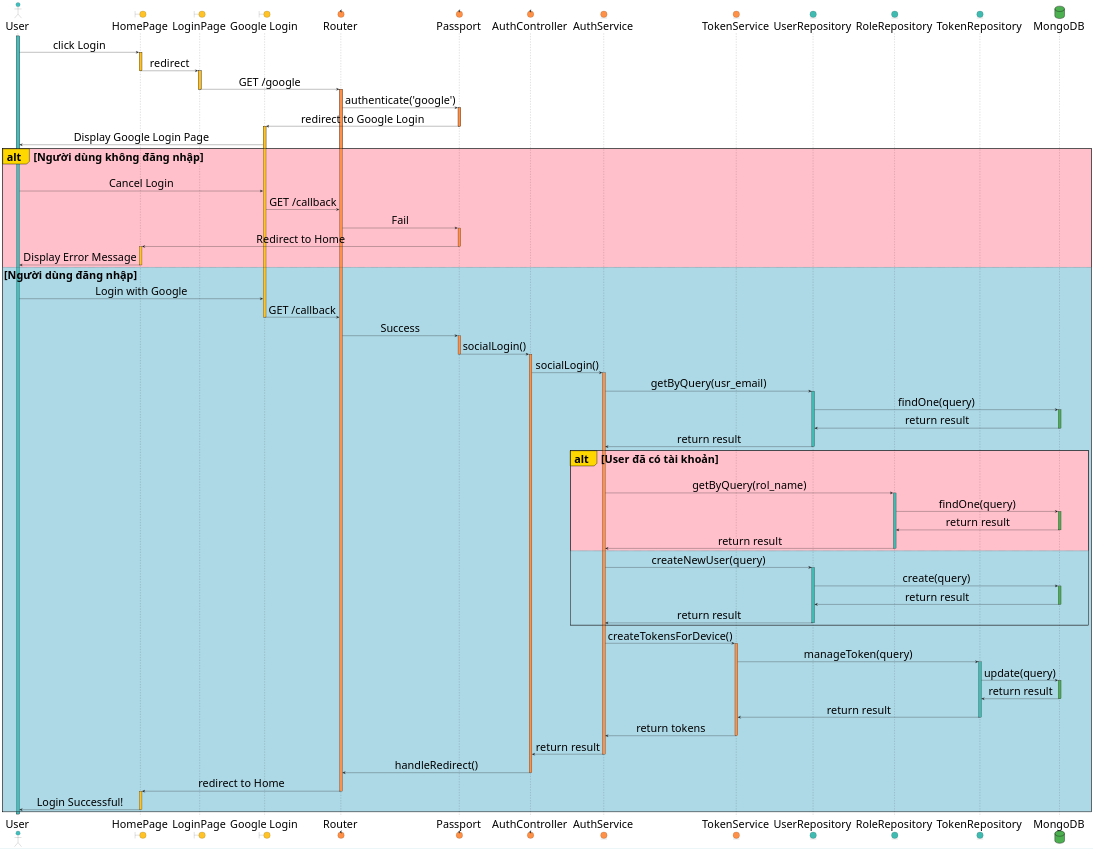
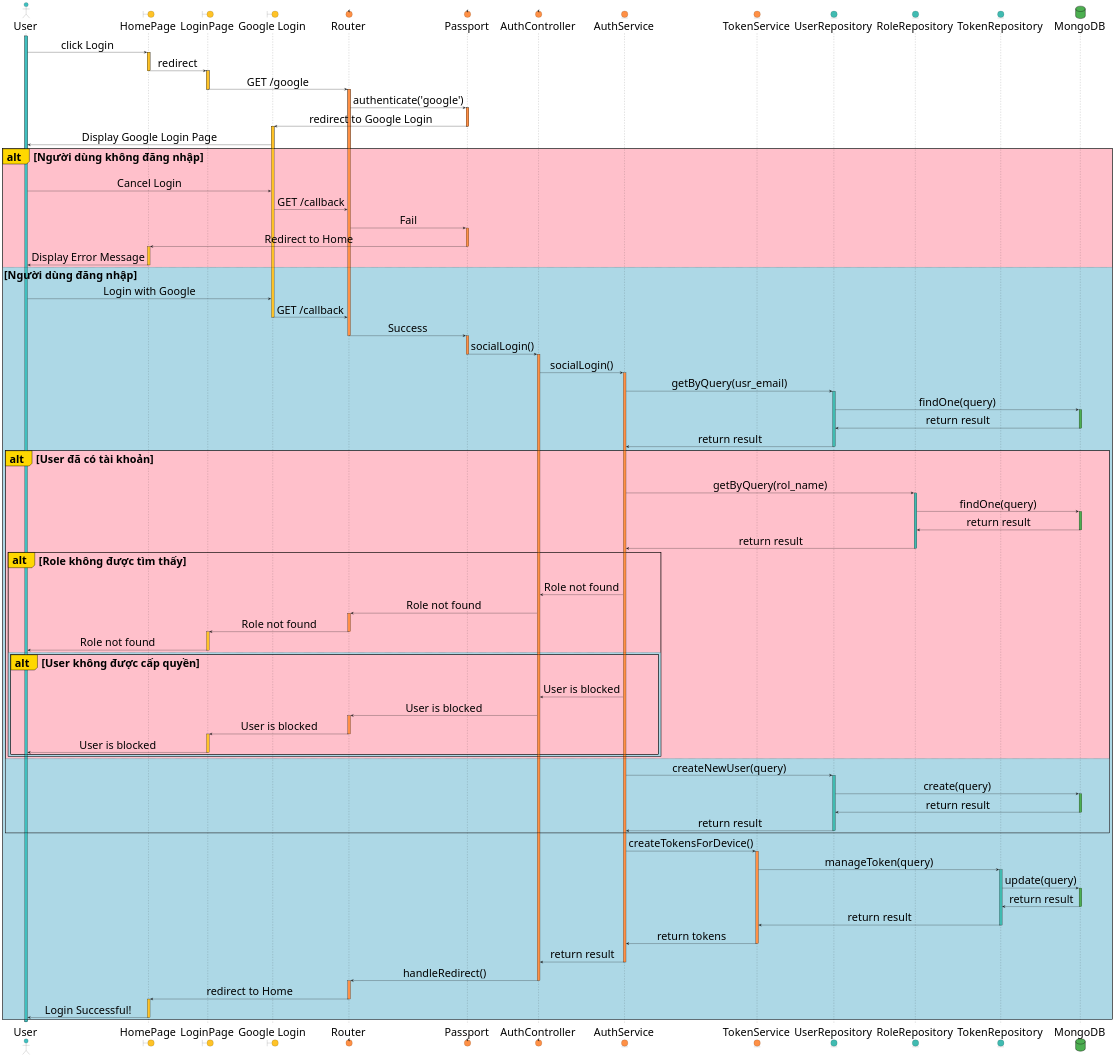
The diagram in docs/SequenceDiagram/googleLogin_v2.wsd (KhoaDoesTech/ShareAndCareShop), drawn with PlantUML before and after one commit.

Commit message:
add User Status and Role to Google Login V2

```diff
--- a/docs/SequenceDiagram/googleLogin_v2.wsd
+++ b/docs/SequenceDiagram/googleLogin_v2.wsd
@@ -1,138 +1,167 @@
 @startuml
 
 skinparam defaultFontSize 40        
-skinparam SequenceMessageAlign center 
+skinparam SequenceMessageAlign center
 
 actor User as User #40BFBF
 boundary "HomePage" as HomePage #ffc327
 boundary "LoginPage" as LoginPage #ffc327
 boundary "Google Login" as OAuthPage #ffc327
 control Router as Router #ff9045
 control Passport as Passport #ff9045
 control AuthController as AuthController #ff9045
 entity AuthService as AuthService #ff9045
 entity TokenService as TokenService #ff9045
 entity UserRepository as UserRepository #40bbb1
 entity RoleRepository as RoleRepository #40bbb1
 entity TokenRepository as TokenRepository #40bbb1
 database MongoDB as DB #4CAF50
 
 activate User #40BFBF
 User -> HomePage: click Login
 activate HomePage #ffc327
 
 HomePage -> LoginPage: redirect
 deactivate HomePage
 activate LoginPage #ffc327
 
 LoginPage -> Router: GET /google
 deactivate LoginPage
 activate Router #ff9045
 
 Router -> Passport: authenticate('google')
 activate Passport #ff9045
 
 Passport -> OAuthPage: redirect to Google Login
 deactivate Passport
 activate OAuthPage #ffc327
 
 OAuthPage -> User: Display Google Login Page
 alt#Gold #Pink Người dùng không đăng nhập
     User -> OAuthPage: Cancel Login
     OAuthPage -> Router: GET /callback
     Router -> Passport: Fail
     activate Passport #ff9045
 
     Passport -> HomePage: Redirect to Home
     deactivate Passport
     activate HomePage #ffc327
 
     HomePage -> User: Display Error Message
     deactivate HomePage
 else #LightBlue Người dùng đăng nhập
     User -> OAuthPage: Login with Google
     OAuthPage -> Router: GET /callback
     deactivate OAuthPage
 
     Router -> Passport: Success
+    deactivate Router
     activate Passport #ff9045
 
     Passport -> AuthController: socialLogin()
     deactivate Passport
     activate AuthController #ff9045
 
     AuthController -> AuthService: socialLogin()
     activate AuthService #ff9045
 
     AuthService -> UserRepository: getByQuery(usr_email)
     activate UserRepository #40bbb1
 
     UserRepository -> DB: findOne(query)
     activate DB #4CAF50
 
     DB -> UserRepository: return result
     deactivate DB
     
     UserRepository -> AuthService: return result
     deactivate UserRepository
 
     alt#Gold #Pink User đã có tài khoản
         AuthService -> RoleRepository: getByQuery(rol_name)
         activate RoleRepository #40bbb1
 
         RoleRepository -> DB: findOne(query)
         activate DB #4CAF50
 
         DB -> RoleRepository: return result
         deactivate DB
 
         RoleRepository -> AuthService: return result
         deactivate RoleRepository
+        
+        alt#Gold #Pink Role không được tìm thấy
+            AuthService -> AuthController: Role not found
+            AuthController -> Router: Role not found
+            activate Router #ff9045
+
+            Router -> LoginPage: Role not found
+            deactivate Router
+            activate LoginPage #ffc327
+
+            LoginPage -> User: Role not found
+            deactivate LoginPage
+
+        else #LightBlue
+            alt#Gold #Pink User không được cấp quyền
+                AuthService -> AuthController: User is blocked
+                AuthController -> Router: User is blocked
+                activate Router #ff9045
+
+                Router -> LoginPage: User is blocked
+                deactivate Router
+                activate LoginPage #ffc327
+                
+                LoginPage -> User: User is blocked
+                deactivate LoginPage
+            end
+        end
 
     else #LightBlue
         AuthService -> UserRepository: createNewUser(query)
         activate UserRepository #40bbb1
 
         UserRepository -> DB: create(query)
         activate DB #4CAF50
 
         DB -> UserRepository: return result
         deactivate DB
 
         UserRepository -> AuthService: return result
         deactivate UserRepository
     end
 
     AuthService -> TokenService: createTokensForDevice()
     activate TokenService #ff9045
 
     TokenService -> TokenRepository: manageToken(query)
     activate TokenRepository #40bbb1
 
     TokenRepository -> DB: update(query)
     activate DB #4CAF50
 
     DB -> TokenRepository: return result
     deactivate DB
 
     TokenRepository -> TokenService: return result
     deactivate TokenRepository
     
     TokenService -> AuthService: return tokens
     deactivate TokenService
 
     AuthService -> AuthController: return result
     deactivate AuthService
 
     AuthController -> Router: handleRedirect()
     deactivate AuthController
+    activate Router #ff9045
 
     Router -> HomePage: redirect to Home
     deactivate Router
 
     activate HomePage #ffc327
     HomePage -> User: Login Successful!
     deactivate HomePage
 end
 
 @enduml
```
